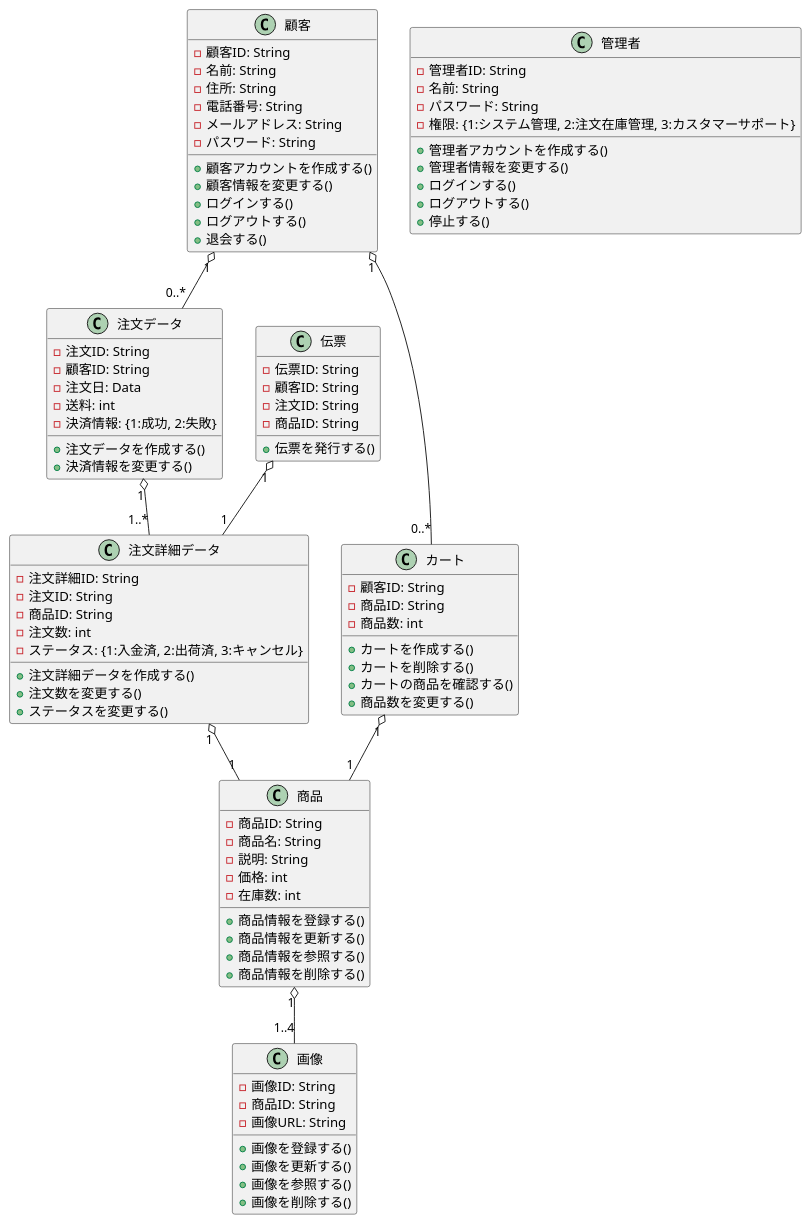
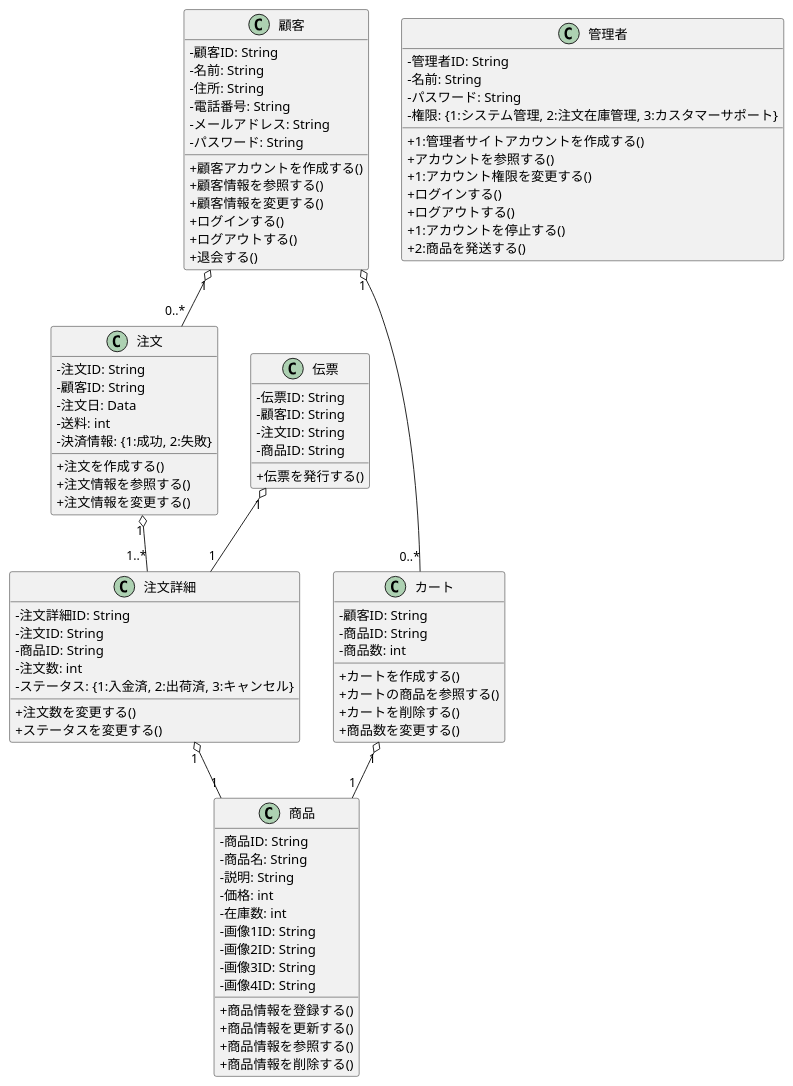
One commit to FujikawaHirono0520/group3_1_dogdog changed the diagram in BB/class.pu. Above: the diagram before and after it, drawn with PlantUML. The commit also changed 2 other files, not shown here.

```diff
--- a/BB/class.pu
+++ b/BB/class.pu
@@ -1,113 +1,108 @@
 @startuml .
+skinparam classAttributeIconSize 0
 
 class 顧客{
     - 顧客ID: String
     - 名前: String
     - 住所: String
     - 電話番号: String
     - メールアドレス: String
     - パスワード: String
 
     + 顧客アカウントを作成する()
+    + 顧客情報を参照する()
     + 顧客情報を変更する()
     + ログインする()
     + ログアウトする()
     + 退会する()
 }
 
 class 管理者 {
     - 管理者ID: String
     - 名前: String
     - パスワード: String
     - 権限: {1:システム管理, 2:注文在庫管理, 3:カスタマーサポート}
 
-    + 管理者アカウントを作成する()
-    + 管理者情報を変更する()
+    + 1:管理者サイトアカウントを作成する()
+    + アカウントを参照する()
+    + 1:アカウント権限を変更する()
     + ログインする()
     + ログアウトする()
-    + 停止する()
+    + 1:アカウントを停止する()
+    + 2:商品を発送する()
 }
 
-class 注文データ {
+class 注文 {
     - 注文ID: String
     - 顧客ID: String
     - 注文日: Data
     - 送料: int
     - 決済情報: {1:成功, 2:失敗}
 
-    + 注文データを作成する()
-    + 決済情報を変更する()
+    + 注文を作成する()
+    + 注文情報を参照する()
+    + 注文情報を変更する()
 }
 
-class 注文詳細データ {
+class 注文詳細 {
     - 注文詳細ID: String
     - 注文ID: String
     - 商品ID: String
     - 注文数: int
     - ステータス: {1:入金済, 2:出荷済, 3:キャンセル}
 
-    + 注文詳細データを作成する()
     + 注文数を変更する()
     + ステータスを変更する()
 }
 
 class 伝票 {
     - 伝票ID: String
     - 顧客ID: String
     - 注文ID: String
     - 商品ID: String
 
     + 伝票を発行する()
 }
 
 class カート {
     - 顧客ID: String
     - 商品ID: String
     - 商品数: int
 
     + カートを作成する()
+    + カートの商品を参照する()
     + カートを削除する()
-    + カートの商品を確認する()
     + 商品数を変更する()
 }
 
 class 商品 {
     - 商品ID: String
     - 商品名: String
     - 説明: String
     - 価格: int
     - 在庫数: int
+    - 画像1ID: String
+    - 画像2ID: String
+    - 画像3ID: String
+    - 画像4ID: String
 
     + 商品情報を登録する()
     + 商品情報を更新する()
     + 商品情報を参照する()
     + 商品情報を削除する()
 }
 
-class 画像 {
-    - 画像ID: String
-    - 商品ID: String
-    - 画像URL: String
-
-    + 画像を登録する()
-    + 画像を更新する()
-    + 画像を参照する()
-    + 画像を削除する()
-}
-
 
 顧客 "1" o-- "0..*" カート
 
 カート "1" o-- "1" 商品
 
-顧客 "1" o-- "0..*" 注文データ
+顧客 "1" o-- "0..*" 注文
 
-注文データ "1" o-- "1..*" 注文詳細データ
+注文 "1" o-- "1..*" 注文詳細
 
-注文詳細データ "1" o-- "1" 商品
+注文詳細 "1" o-- "1" 商品
 
-商品 "1" o-- "1..4" 画像
-
-伝票 "1" o-- "1" 注文詳細データ
+伝票 "1" o-- "1" 注文詳細
 
 @enduml
```
